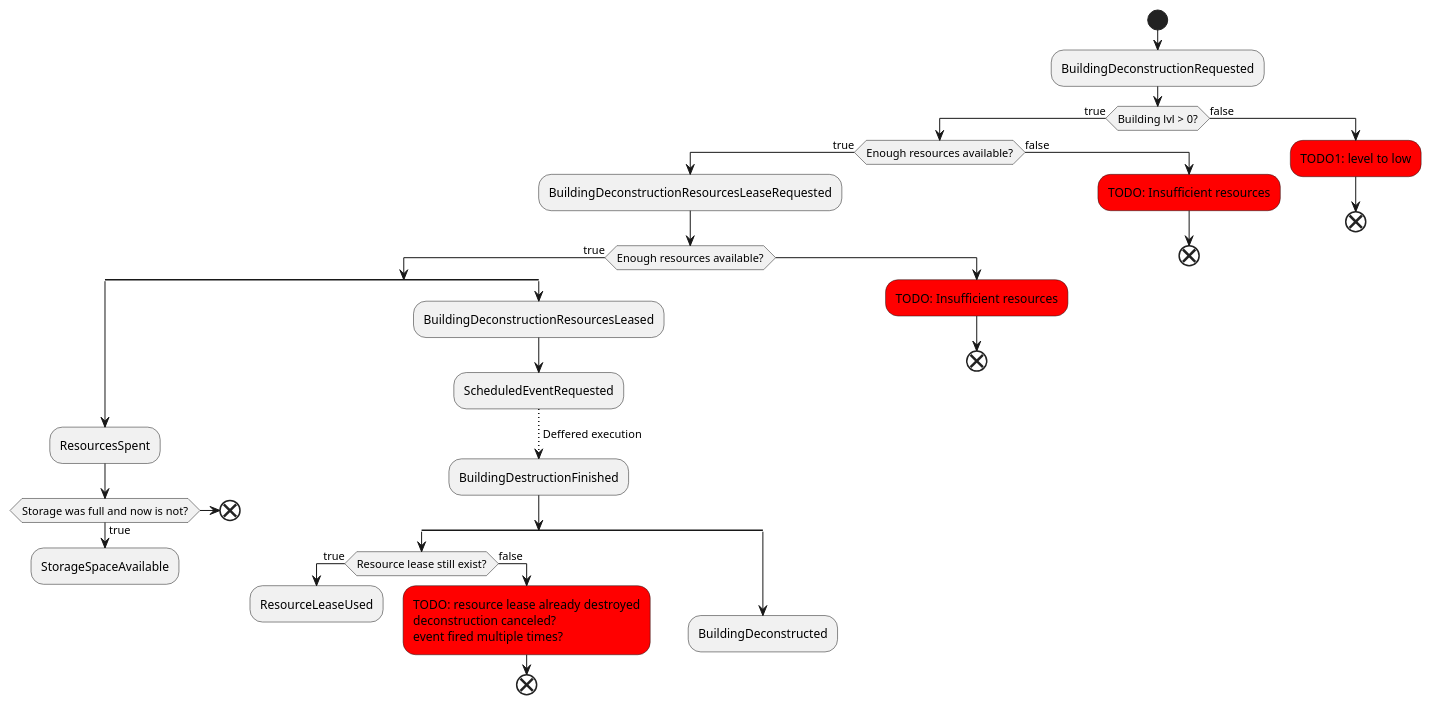
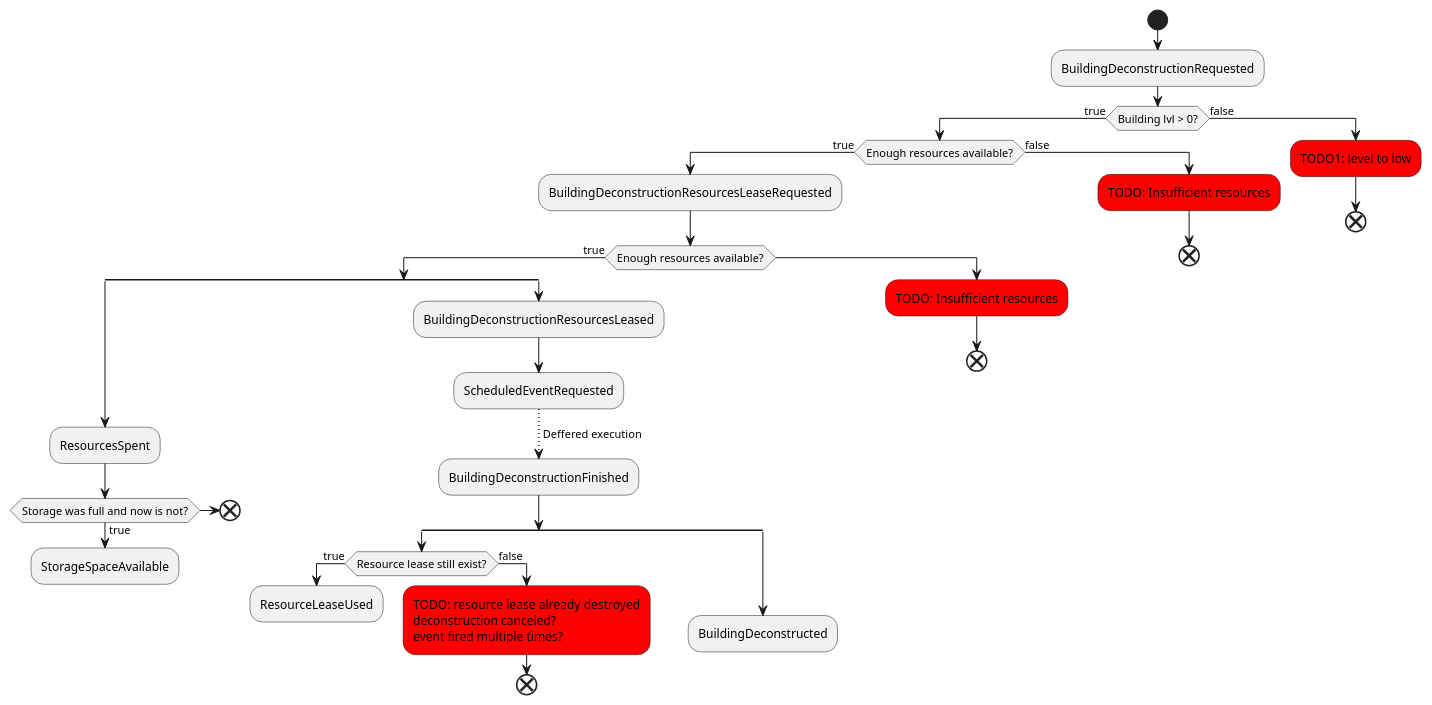
The diagram in docs/building-deconstruction-flow.puml (tomekbielaszewski/ogame-clone), drawn with PlantUML before and after one commit.

Commit message:
building deconstruction graph - misnamed event

```diff
--- a/docs/building-deconstruction-flow.puml
+++ b/docs/building-deconstruction-flow.puml
@@ -1,51 +1,51 @@
 @startuml
 
 start
 
 :BuildingDeconstructionRequested;
 if (Building lvl > 0?) then (true)
     if (Enough resources available?) then (true)
         :BuildingDeconstructionResourcesLeaseRequested;
         if (Enough resources available?) then (true)
         split
             :ResourcesSpent;
             if(Storage was full and now is not?) then (true)
                 :StorageSpaceAvailable;
                 detach
             else
                 end
             endif
         split again
             :BuildingDeconstructionResourcesLeased;
             :ScheduledEventRequested;
             -[dotted]-> Deffered execution;
-            :BuildingDestructionFinished;
+            :BuildingDeconstructionFinished;
             split
                 if (Resource lease still exist?) then (true)
                     :ResourceLeaseUsed;
                     detach
                 else (false)
                     #red:TODO: resource lease already destroyed
                     deconstruction canceled?
                     event fired multiple times?;
                     end
                 endif
             split again
                 :BuildingDeconstructed;
                 detach
             end split
         end split
         else
             #red:TODO: Insufficient resources;
             end
         endif
     else (false)
         #red:TODO: Insufficient resources;
         end
     endif
 else (false)
     #red:TODO1: level to low;
     end
 endif
 
 @enduml
```
